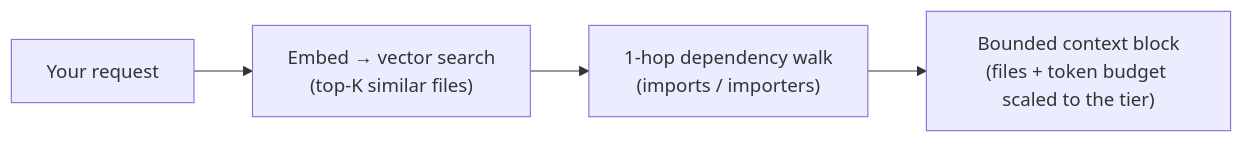
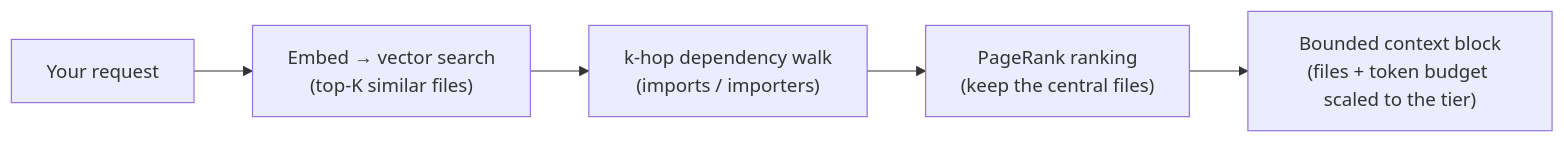
Before and after one commit to GabrielV-Engineer/AILIENANT: the fourth of 7 diagrams in HowItWorks.md, drawn with Mermaid. The commit also changed other lines of this file and 12 other files, not shown here.

First line of the commit message:
docs: 5-agent team, GraphRAG/Dreaming/ecosystem, dynamic port, icon-color logo across 7 READMEs

````diff
--- a/HowItWorks.md
+++ b/HowItWorks.md
@@ -91,6 +117,7 @@
 ```mermaid
 flowchart LR
   Q["Your request"] --> E["Embed → vector search<br/>(top-K similar files)"]
-  E --> G["1-hop dependency walk<br/>(imports / importers)"]
-  G --> CTX["Bounded context block<br/>(files + token budget scaled to the tier)"]
+  E --> G["k-hop dependency walk<br/>(imports / importers)"]
+  G --> R["PageRank ranking<br/>(keep the central files)"]
+  R --> CTX["Bounded context block<br/>(files + token budget scaled to the tier)"]
 ```
````
